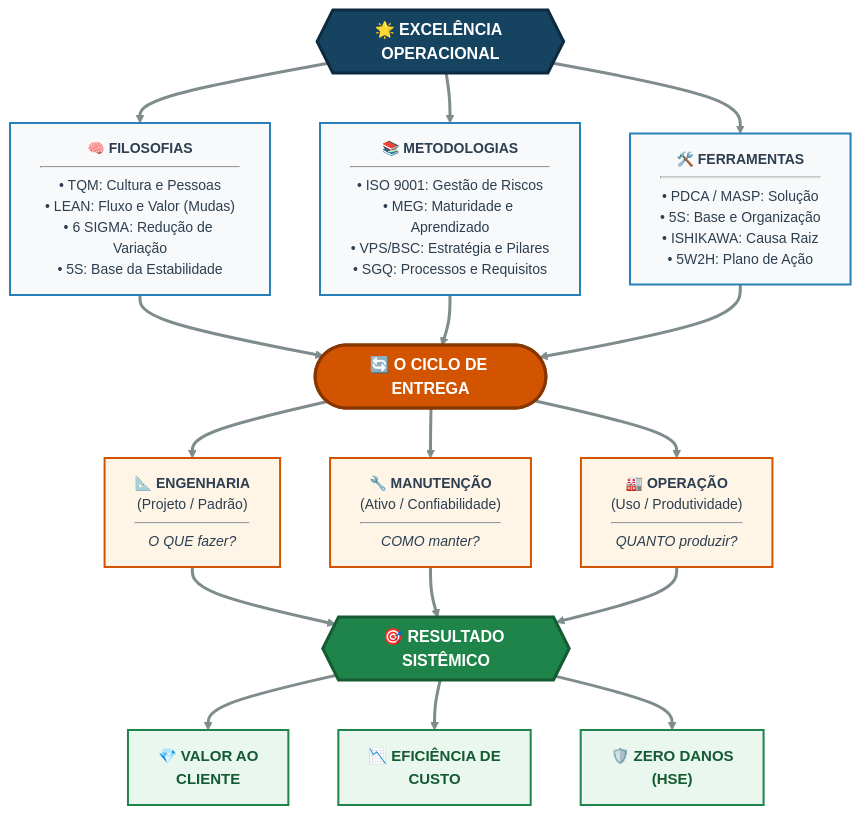
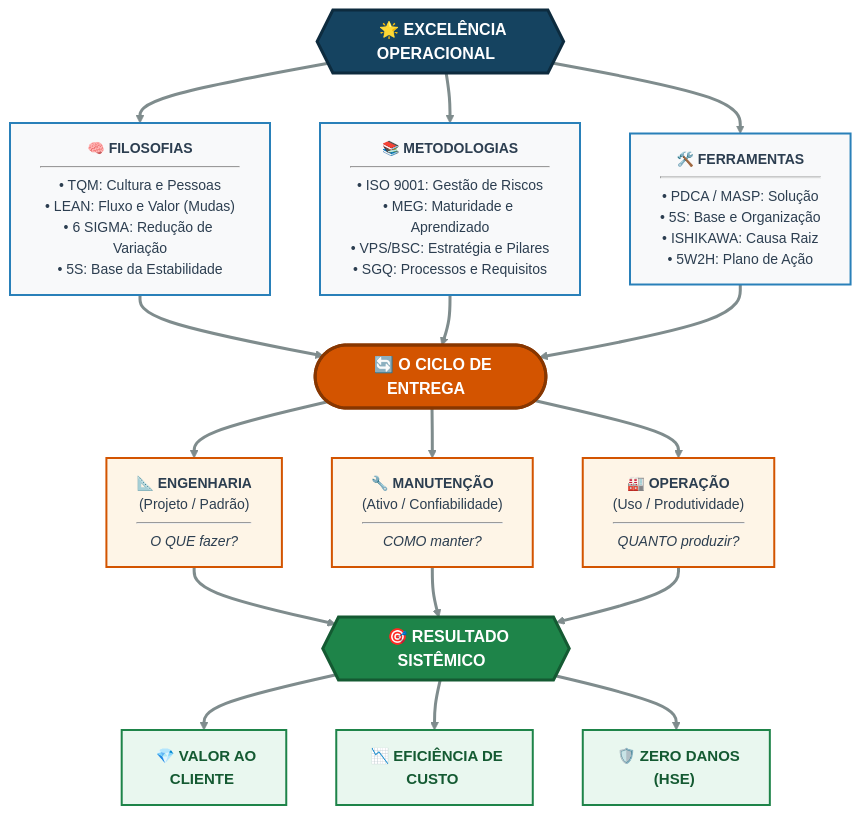
Diagram 11 of 11 in chapters/cap2-modelos-gestao.qmd (rafasfer2/MiningAnalyticsBook), drawn with Mermaid before and after one commit. The commit also changed other lines of this file and 2 other files, not shown here.

Commit message:
Cap2: atualizar MASP/PDCA e incluir exercicio de retrabalho

````diff
--- a/chapters/cap2-modelos-gestao.qmd
+++ b/chapters/cap2-modelos-gestao.qmd
@@ -1239,53 +1337,57 @@
 ```{mermaid}
+%%| label: fig-excelencia-operacional
+%%| fig-cap: "Modelo Sistêmico de Excelência Operacional"
+
 flowchart TD
 
     %% --- CONFIGURAÇÃO DE ESTILOS (Design em Camadas) ---
     classDef topo fill:#154360,stroke:#0d2b3e,stroke-width:3px,color:#ffffff,font-size:16px,font-weight:bold
     classDef pilares fill:#f8f9fa,stroke:#2980b9,stroke-width:2px,color:#2c3e50,font-size:14px
     classDef ciclo fill:#d35400,stroke:#873600,stroke-width:3px,color:#ffffff,font-size:16px,font-weight:bold
     classDef entrega fill:#fef5e7,stroke:#d35400,stroke-width:2px,color:#2c3e50,font-size:14px
     classDef result fill:#1e8449,stroke:#145a32,stroke-width:3px,color:#ffffff,font-size:16px,font-weight:bold
     classDef base fill:#e9f7ef,stroke:#1e8449,stroke-width:2px,color:#145a32,font-size:15px,font-weight:bold
 
     %% --- NÍVEL 1: O ALICERCE ESTRATÉGICO ---
-    EXC{{"🌟 EXCELÊNCIA OPERACIONAL"}}
+    EXC{{"&nbsp;&nbsp;🌟 EXCELÊNCIA OPERACIONAL&nbsp;&nbsp;"}}
 
-    F["<b>🧠 FILOSOFIAS</b><hr>• TQM: Cultura e Pessoas\n• LEAN: Fluxo e Valor (Mudas)\n• 6 SIGMA: Redução de Variação\n• 5S: Base da Estabilidade"]
-    M["<b>📚 METODOLOGIAS</b><hr>• ISO 9001: Gestão de Riscos\n• MEG: Maturidade e Aprendizado\n• VPS/BSC: Estratégia e Pilares\n• SGQ: Processos e Requisitos"]
-    T["<b>🛠️ FERRAMENTAS</b><hr>• PDCA / MASP: Solução\n• 5S: Base e Organização\n• ISHIKAWA: Causa Raiz\n• 5W2H: Plano de Ação"]
+    %% ATENÇÃO: Quando se usa tags HTML como <b> e <hr>, o Mermaid exige o uso de <br> no lugar de \n
+    F["<b>🧠 FILOSOFIAS</b><hr>• TQM: Cultura e Pessoas<br>• LEAN: Fluxo e Valor (Mudas)<br>• 6 SIGMA: Redução de Variação<br>• 5S: Base da Estabilidade"]
+    M["<b>📚 METODOLOGIAS</b><hr>• ISO 9001: Gestão de Riscos<br>• MEG: Maturidade e Aprendizado<br>• VPS/BSC: Estratégia e Pilares<br>• SGQ: Processos e Requisitos"]
+    T["<b>🛠️ FERRAMENTAS</b><hr>• PDCA / MASP: Solução<br>• 5S: Base e Organização<br>• ISHIKAWA: Causa Raiz<br>• 5W2H: Plano de Ação"]
 
     EXC ==> F & M & T
 
     %% --- NÍVEL 2: A TRANSIÇÃO PARA A PRÁTICA ---
-    CICLO(["🔄 O CICLO DE ENTREGA"])
+    CICLO(["&nbsp;&nbsp;🔄 O CICLO DE ENTREGA&nbsp;&nbsp;"])
 
     F & M & T ==> CICLO
 
-    ENG["<b>📐 ENGENHARIA</b>\n(Projeto / Padrão)<hr><i>O QUE fazer?</i>"]
-    MAN["<b>🔧 MANUTENÇÃO</b>\n(Ativo / Confiabilidade)<hr><i>COMO manter?</i>"]
-    OPE["<b>🏭 OPERAÇÃO</b>\n(Uso / Produtividade)<hr><i>QUANTO produzir?</i>"]
+    ENG["<b>📐 ENGENHARIA</b><br>(Projeto / Padrão)<hr><i>O QUE fazer?</i>"]
+    MAN["<b>🔧 MANUTENÇÃO</b><br>(Ativo / Confiabilidade)<hr><i>COMO manter?</i>"]
+    OPE["<b>🏭 OPERAÇÃO</b><br>(Uso / Produtividade)<hr><i>QUANTO produzir?</i>"]
 
     CICLO ==> ENG & MAN & OPE
 
     %% --- NÍVEL 3: O IMPACTO NO NEGÓCIO ---
-    RES{{"🎯 RESULTADO SISTÊMICO"}}
+    RES{{"&nbsp;&nbsp;🎯 RESULTADO SISTÊMICO&nbsp;&nbsp;"}}
 
     ENG & MAN & OPE ==> RES
 
-    V["💎 VALOR AO\nCLIENTE"]
-    C["📉 EFICIÊNCIA DE\nCUSTO"]
-    Z["🛡️ ZERO DANOS\n(HSE)"]
+    V["&nbsp;💎 VALOR AO<br>CLIENTE&nbsp;"]
+    C["&nbsp;📉 EFICIÊNCIA DE<br>CUSTO&nbsp;"]
+    Z["&nbsp;🛡️ ZERO DANOS<br>(HSE)&nbsp;"]
 
     RES ==> V & C & Z
 
     %% --- ESTILIZAÇÃO DAS LINHAS ---
     linkStyle default stroke:#7f8c8d,stroke-width:3px
 
     %% --- APLICAÇÃO DAS CLASSES ---
     class EXC topo;
     class F,M,T pilares;
     class CICLO ciclo;
     class ENG,MAN,OPE entrega;
     class RES result;
     class V,C,Z base;
 ```
````
